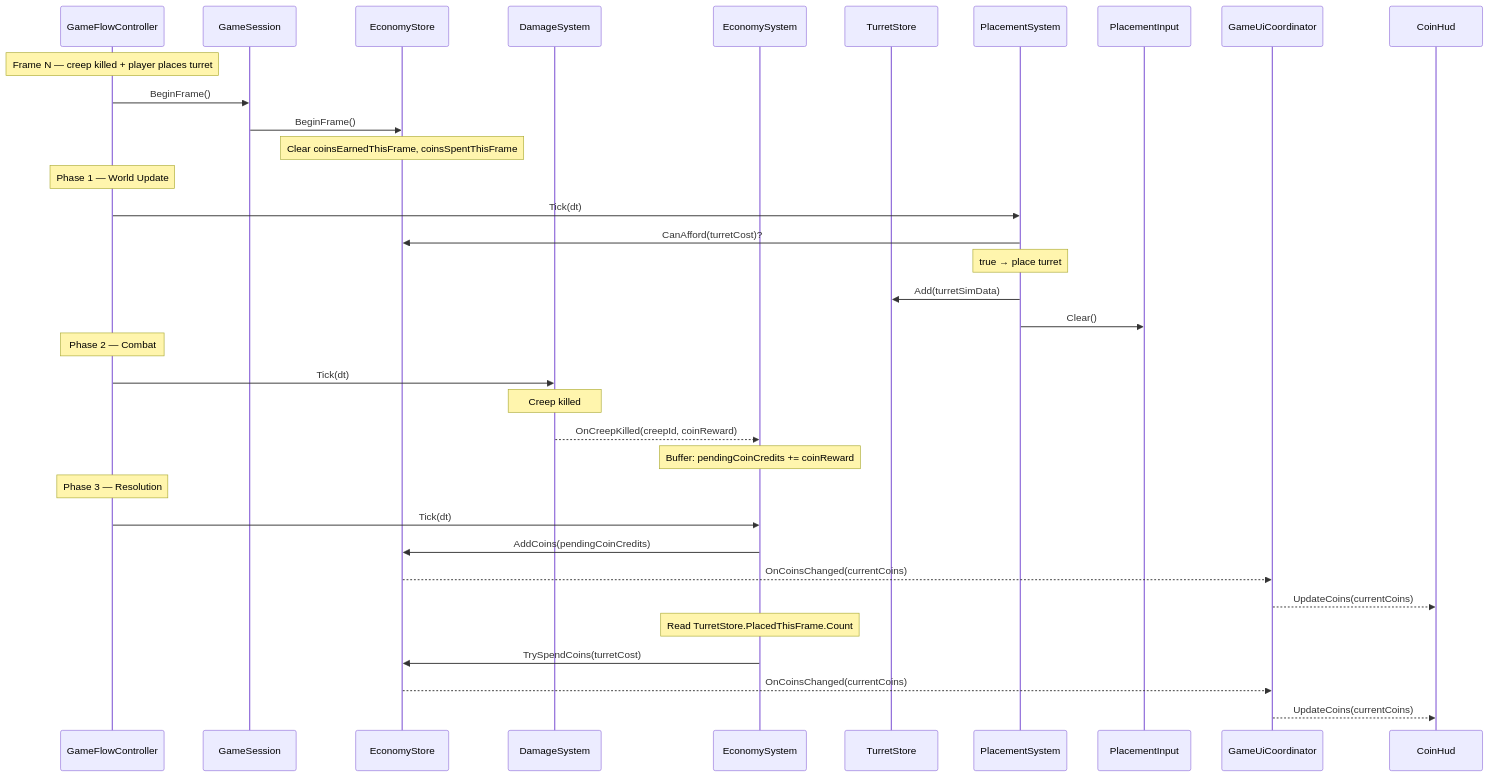
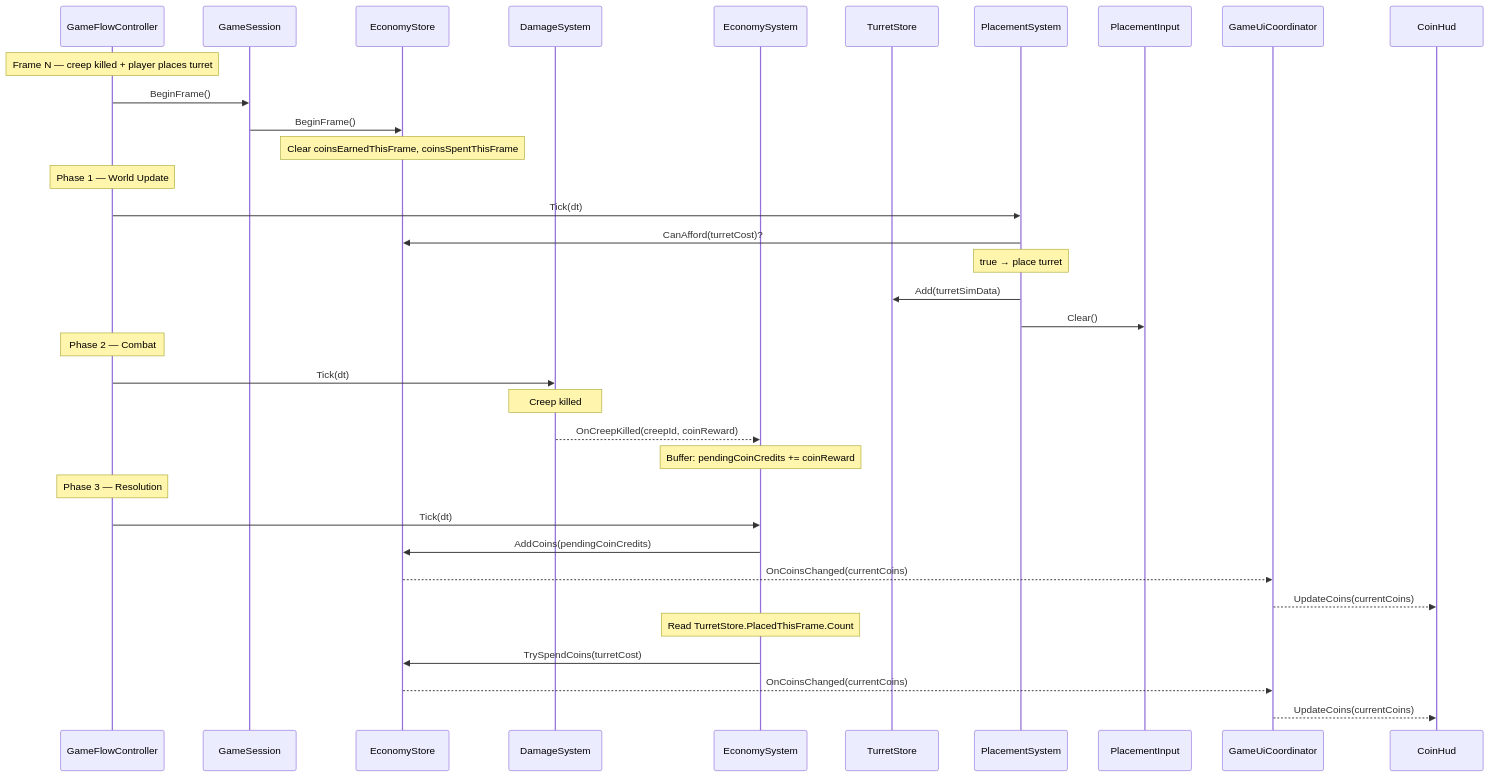
Diagram 15 of 17 in Docs/Architecture-Diagrams.md (Number10Ox/MorlocsTowerDefense), drawn with Mermaid before and after one commit. The commit also changed other lines of this file and 53 other files, not shown here.

````diff
--- a/Docs/Architecture-Diagrams.md
+++ b/Docs/Architecture-Diagrams.md
@@ -1103,42 +1110,42 @@
 ```mermaid
 sequenceDiagram
     participant Bootstrap as GameFlowController
     participant Session as GameSession
     participant EStore as EconomyStore
     participant DmgSys as DamageSystem
     participant EcoSys as EconomySystem
     participant TStore as TurretStore
     participant PlaceSys as PlacementSystem
     participant Input as PlacementInput
     participant Coord as GameUiCoordinator
     participant HUD as CoinHud
 
     Note over Bootstrap: Frame N — creep killed + player places turret
 
     Bootstrap->>Session: BeginFrame()
     Session->>EStore: BeginFrame()
-    Note over EStore: Clear coinsEarnedThisFrame‚ coinsSpentThisFrame
+    Note over EStore: Clear coinsEarnedThisFrame, coinsSpentThisFrame
 
     Note over Bootstrap: Phase 1 — World Update
     Bootstrap->>PlaceSys: Tick(dt)
     PlaceSys->>EStore: CanAfford(turretCost)?
     Note over PlaceSys: true → place turret
     PlaceSys->>TStore: Add(turretSimData)
     PlaceSys->>Input: Clear()
 
     Note over Bootstrap: Phase 2 — Combat
     Bootstrap->>DmgSys: Tick(dt)
     Note over DmgSys: Creep killed
-    DmgSys-->>EcoSys: OnCreepKilled(creepId‚ coinReward)
+    DmgSys-->>EcoSys: OnCreepKilled(creepId, coinReward)
     Note over EcoSys: Buffer: pendingCoinCredits += coinReward
 
     Note over Bootstrap: Phase 3 — Resolution
     Bootstrap->>EcoSys: Tick(dt)
     EcoSys->>EStore: AddCoins(pendingCoinCredits)
     EStore-->>Coord: OnCoinsChanged(currentCoins)
     Coord-->>HUD: UpdateCoins(currentCoins)
     Note over EcoSys: Read TurretStore.PlacedThisFrame.Count
     EcoSys->>EStore: TrySpendCoins(turretCost)
     EStore-->>Coord: OnCoinsChanged(currentCoins)
     Coord-->>HUD: UpdateCoins(currentCoins)
 ```
````
